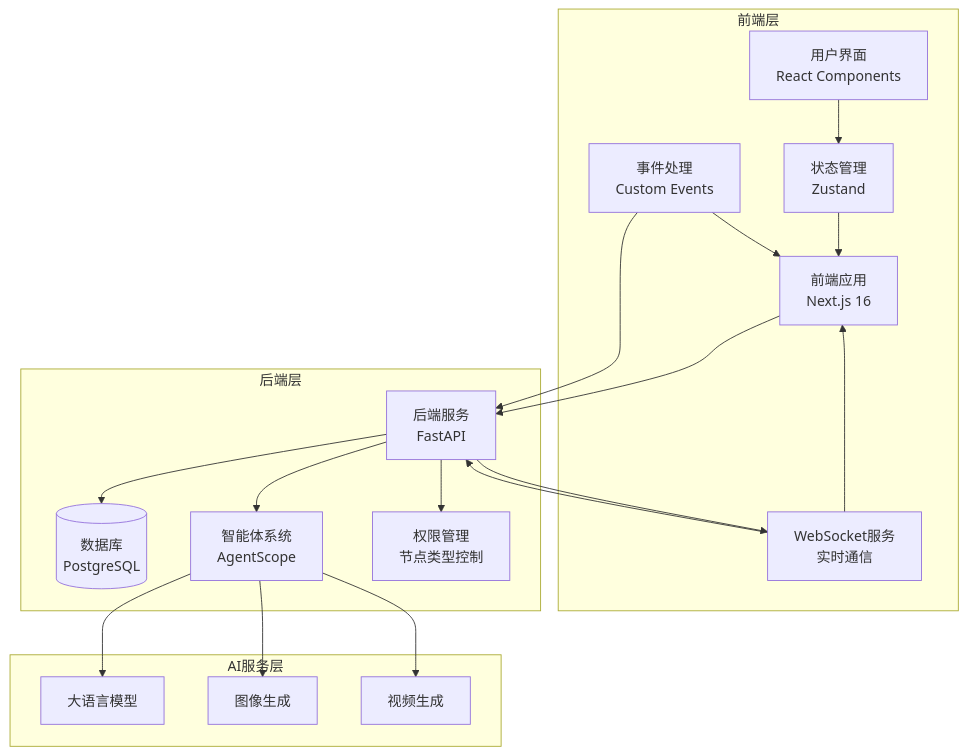
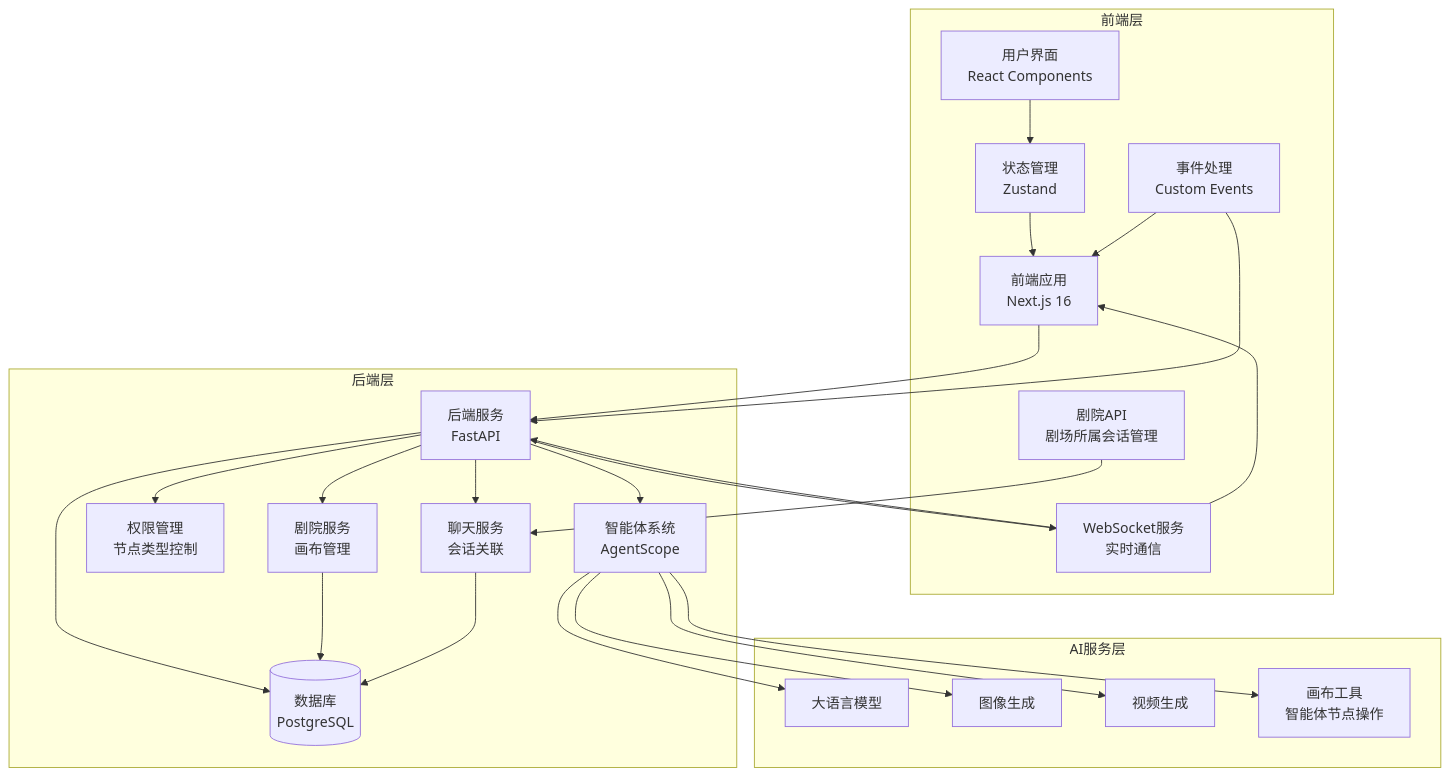
One commit to KunLabAI/KunFlix changed the first of 12 diagrams in .qoder/repowiki/zh/content/系统架构/剧院系统概览.md. Above: the diagram before and after it, drawn with Mermaid. The commit also changed other lines of this file and 11 other files, not shown here.

````diff
--- a/.qoder/repowiki/zh/content/系统架构/剧院系统概览.md
+++ b/.qoder/repowiki/zh/content/系统架构/剧院系统概览.md
@@ -65,36 +73,46 @@
 ```mermaid
 graph TB
 subgraph "前端层"
 FE[前端应用<br/>Next.js 16]
 Store[状态管理<br/>Zustand]
 UI[用户界面<br/>React Components]
 WS[WebSocket客户端<br/>实时通信]
 Events[事件处理<br/>Custom Events]
+TheaterAPI[剧院API<br/>剧场所属会话管理]
 end
 subgraph "后端层"
 BE[后端服务<br/>FastAPI]
 DB[(数据库<br/>PostgreSQL)]
 Agents[智能体系统<br/>AgentScope]
 WS[WebSocket服务<br/>实时通信]
 Permissions[权限管理<br/>节点类型控制]
+TheaterService[剧院服务<br/>画布管理]
+ChatService[聊天服务<br/>会话关联]
 end
 subgraph "AI服务层"
 LLM[大语言模型]
 IMG[图像生成]
 VID[视频生成]
+CanvasTools[画布工具<br/>智能体节点操作]
 end
 FE --> BE
 BE --> DB
 BE --> Agents
 BE --> WS
 BE --> Permissions
+BE --> TheaterService
+BE --> ChatService
 Agents --> LLM
 Agents --> IMG
 Agents --> VID
+Agents --> CanvasTools
+TheaterService --> DB
+ChatService --> DB
+TheaterAPI --> ChatService
 Store --> FE
 UI --> Store
 WS --> FE
 WS --> BE
 Events --> FE
 Events --> BE
 ```
````
